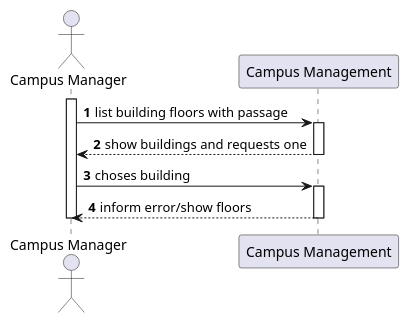
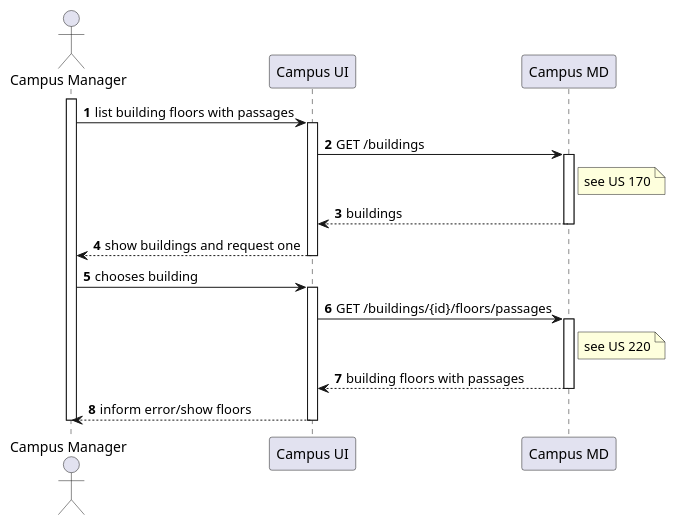
One commit to Departamento-de-Engenharia-Informatica/lapr5-23-24-g19 changed the diagram in docs/us1200/level2/process-view.puml. Above: the diagram before and after it, drawn with PlantUML. The commit also changed 15 other files, not shown here.

```diff
--- a/docs/us1200/level2/process-view.puml
+++ b/docs/us1200/level2/process-view.puml
@@ -1,20 +1,33 @@
 @startuml
 autonumber
 
 actor "Campus Manager" as usr
 
-participant "Campus Management" as mng
+participant "Campus UI" as ui
+participant "Campus MD" as md
 
 activate usr
-    usr -> mng : list building floors with passage
-    activate mng
-        mng --> usr : show buildings and requests one
-    deactivate mng
+    usr -> ui : list building floors with passages
+    activate ui
+        ui -> md : GET /buildings
+        activate md
+            note right of md : see US 170
+            md --> ui : buildings
+        deactivate md
 
-    usr -> mng : choses building
-    activate mng
-        mng --> usr : inform error/show floors
-    deactivate mng
+        ui --> usr : show buildings and request one
+    deactivate ui
+
+    usr -> ui : chooses building
+    activate ui
+        ui -> md : GET /buildings/{id}/floors/passages
+        activate md
+            note right of md : see US 220
+            md --> ui : building floors with passages
+        deactivate md
+
+        ui --> usr : inform error/show floors
+    deactivate ui
 deactivate usr
 
 @enduml
```
